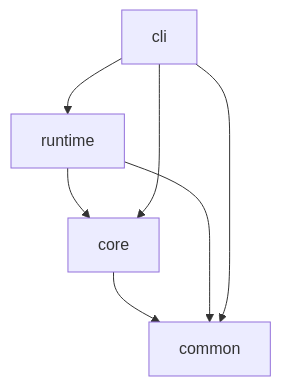
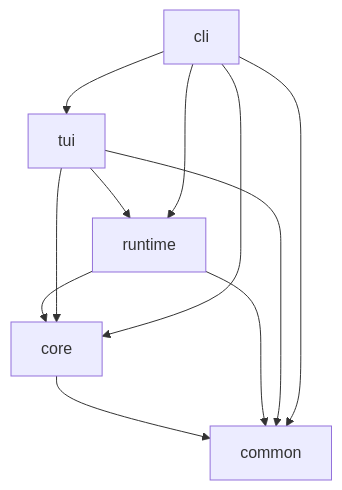
Before and after one commit to madebyaris/native-cli-ai: the first of 5 diagrams in docs/architecture.md, drawn with Mermaid. The commit also changed other lines of this file and 153 other files, not shown here.

````diff
--- a/docs/architecture.md
+++ b/docs/architecture.md
@@ -85,14 +88,19 @@
 ```mermaid
 flowchart TD
   Common[common]
   Core[core]
   Runtime[runtime]
+  Tui[tui]
   Cli[cli]
 
   Core --> Common
   Runtime --> Common
   Runtime --> Core
+  Tui --> Common
+  Tui --> Core
+  Tui --> Runtime
   Cli --> Common
   Cli --> Core
   Cli --> Runtime
+  Cli --> Tui
 ```
````
